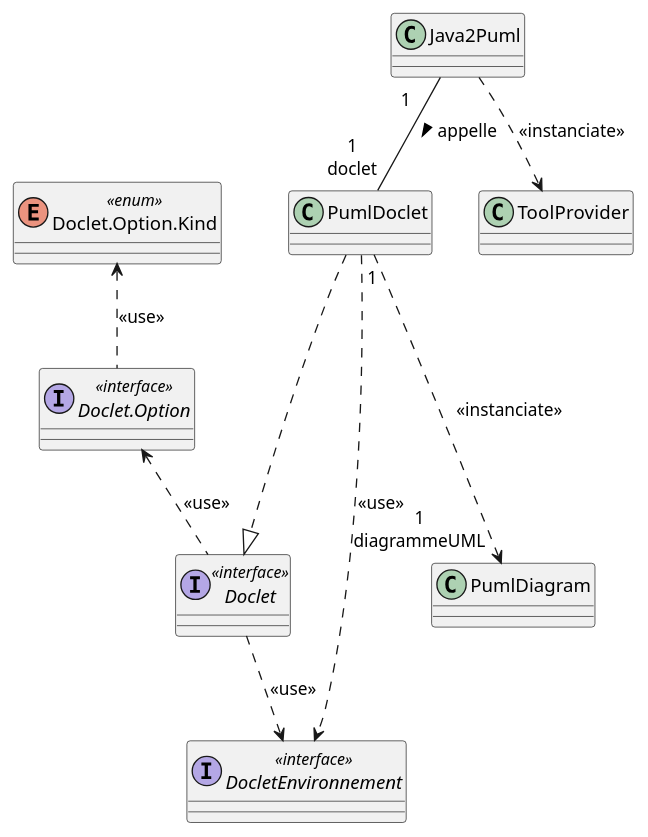
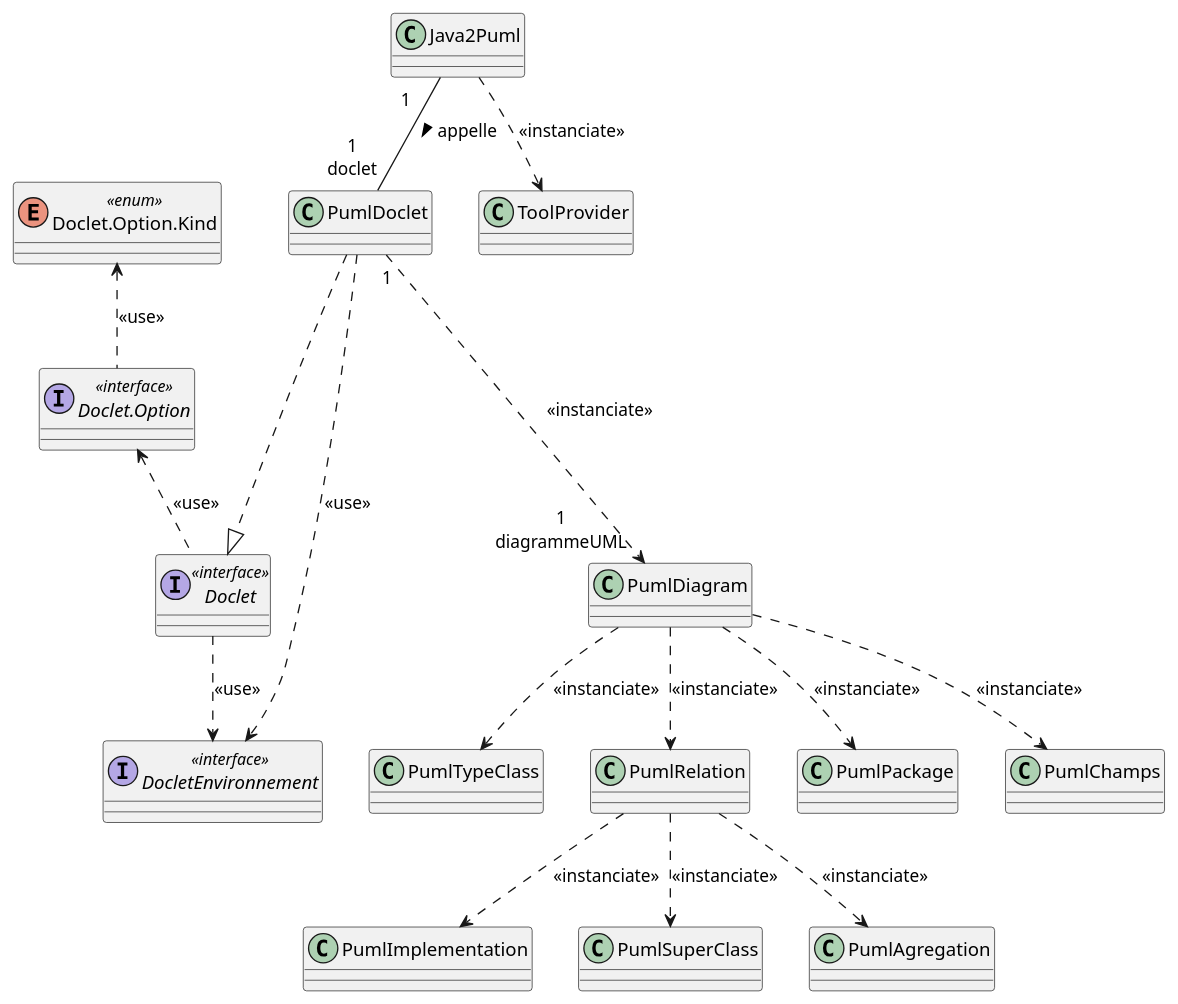
One commit to karimelkaid/PumlFromJava changed the diagram in uml/Doclets_DCA.puml. Above: the diagram before and after it, drawn with PlantUML. The commit also changed 25 other files, not shown here.

```diff
--- a/uml/Doclets_DCA.puml
+++ b/uml/Doclets_DCA.puml
@@ -1,31 +1,50 @@
 @startuml
 'https://plantuml.com/class-diagram
 
 class PumlDoclet
 class ToolProvider
 
 
 class Java2Puml
 
 class PumlDiagram
+class PumlPackage
+class PumlChamps
+class PumlTypeClass
+class PumlRelation
+class PumlImplementation
+class PumlSuperClass
+class PumlAgregation
+
 
 interface Doclet <<interface>>
 interface "Doclet.Option" as docletOption <<interface>>
 enum "Doclet.Option.Kind" as docletOptionKind <<enum>>
 
 interface DocletEnvironnement <<interface>>
 
 Java2Puml ..> ToolProvider : <<instanciate>>
 
 PumlDoclet ..> DocletEnvironnement : <<use>>
 Doclet ..> DocletEnvironnement : <<use>>
 docletOption <.. Doclet : <<use>>
 docletOptionKind <.. docletOption : <<use>>
 
 PumlDoclet ...|> Doclet
 Java2Puml " 1\t" -- "1\ndoclet" PumlDoclet : appelle >
 PumlDoclet  " 1" ...> "1\ndiagrammeUML" PumlDiagram : <<instanciate>>
 
 
+PumlDiagram ..> PumlPackage : <<instanciate>>
+PumlDiagram ..> PumlTypeClass : <<instanciate>>
+PumlDiagram ..> PumlChamps : <<instanciate>>
+PumlDiagram ..> PumlRelation : <<instanciate>>
+
+PumlRelation ..> PumlAgregation : <<instanciate>>
+PumlRelation ..> PumlSuperClass : <<instanciate>>
+PumlRelation ..> PumlImplementation : <<instanciate>>
+
+
+
 
 @enduml
```
